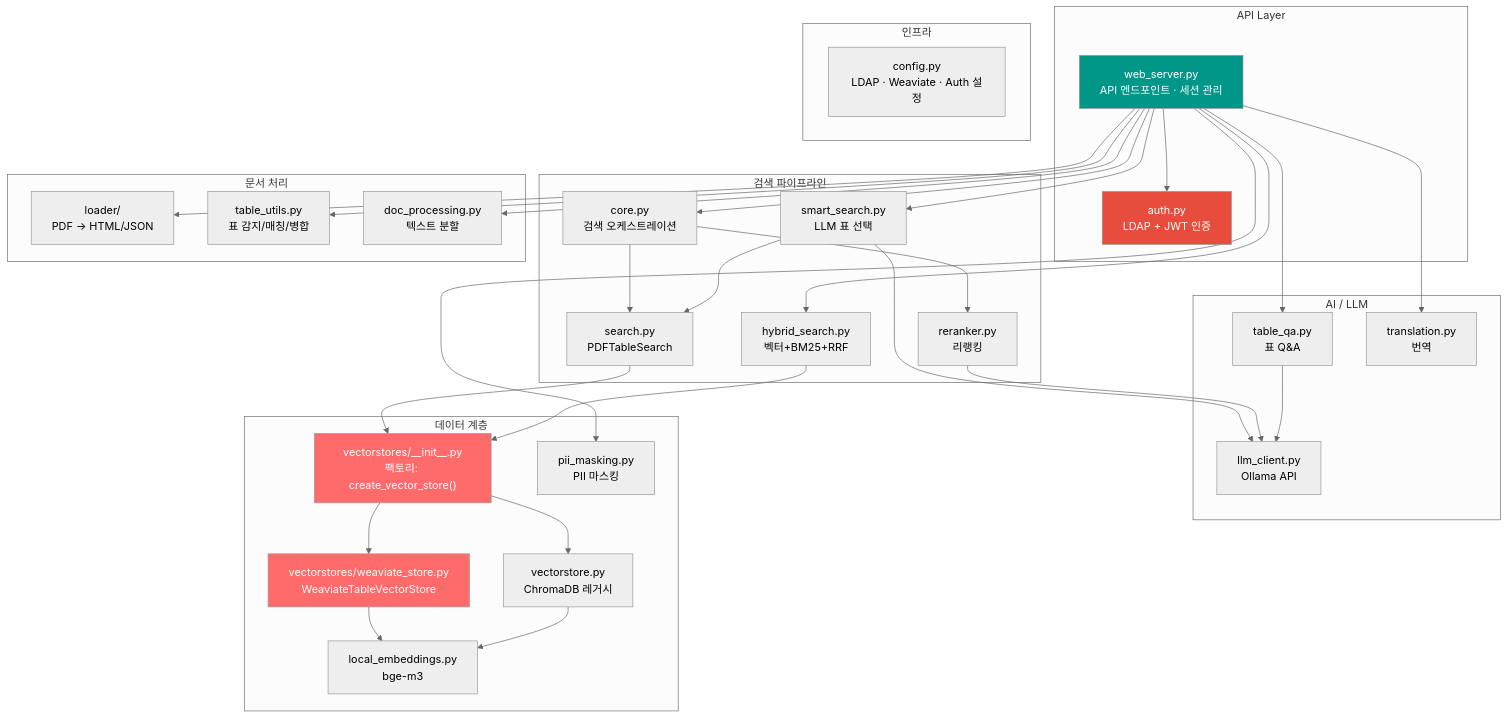
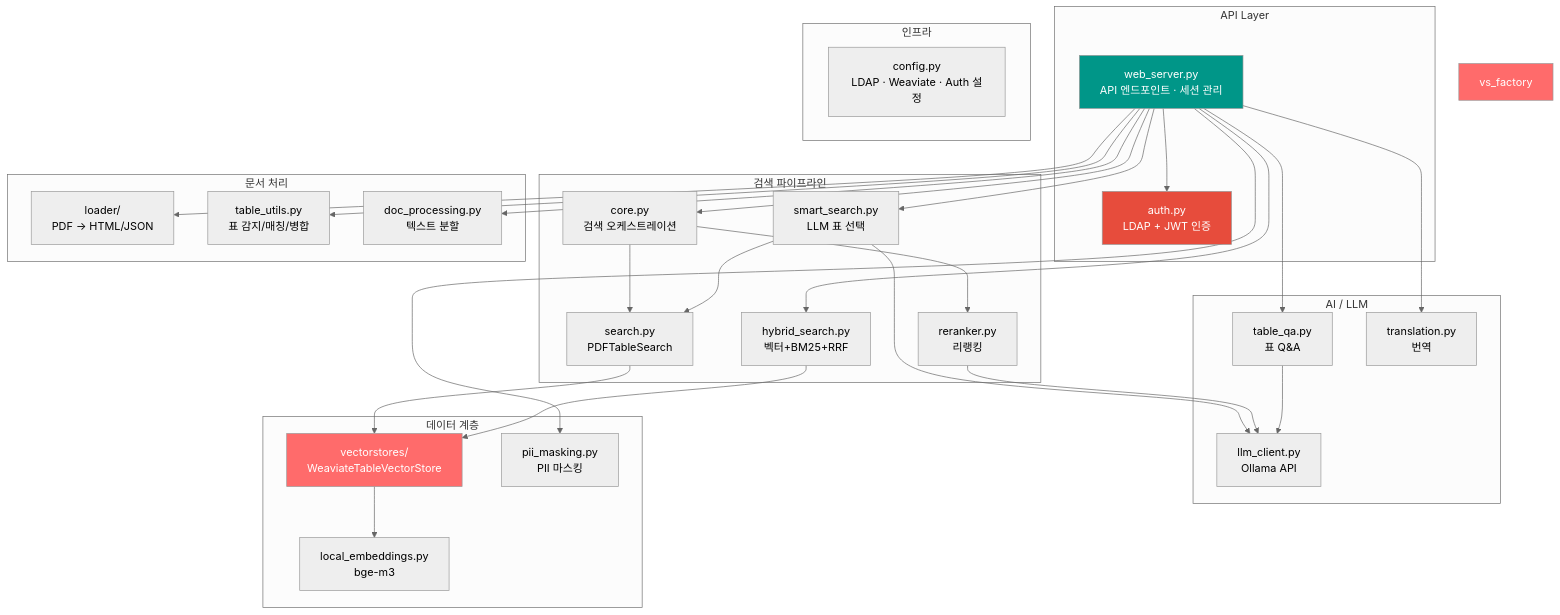
Before and after one commit to hong0814/PDF-INTELLIGENCE-PORTAL: the third of 11 diagrams in docs/SYSTEM_ARCHITECTURE.md, drawn with Mermaid (neutral theme). The commit also changed other lines of this file and 2 other files, not shown here.

First line of the commit message:
docs: ChromaDB 참조 제거, Weaviate 단일 백엔드 반영

````diff
--- a/docs/SYSTEM_ARCHITECTURE.md
+++ b/docs/SYSTEM_ARCHITECTURE.md
@@ -90,57 +90,53 @@
 ```mermaid
 graph TB
     subgraph "API Layer"
         ws["web_server.py<br/>API 엔드포인트 · 세션 관리"]
         auth["auth.py<br/>LDAP + JWT 인증"]
     end
 
     subgraph "검색 파이프라인"
         core["core.py<br/>검색 오케스트레이션"]
         search["search.py<br/>PDFTableSearch"]
         smart["smart_search.py<br/>LLM 표 선택"]
         hybrid["hybrid_search.py<br/>벡터+BM25+RRF"]
         reranker["reranker.py<br/>리랭킹"]
     end
 
     subgraph "문서 처리"
         loader["loader/<br/>PDF → HTML/JSON"]
         tu["table_utils.py<br/>표 감지/매칭/병합"]
         dp["doc_processing.py<br/>텍스트 분할"]
     end
 
     subgraph "AI / LLM"
         llm["llm_client.py<br/>Ollama API"]
         qa["table_qa.py<br/>표 Q&A"]
         trans["translation.py<br/>번역"]
     end
 
     subgraph "데이터 계층"
-        vs_factory["vectorstores/__init__.py<br/>팩토리: create_vector_store()"]
-        wvs["vectorstores/weaviate_store.py<br/>WeaviateTableVectorStore"]
-        legacy["vectorstore.py<br/>ChromaDB 레거시"]
+        wvs["vectorstores/<br/>WeaviateTableVectorStore"]
         emb["local_embeddings.py<br/>bge-m3"]
         pii["pii_masking.py<br/>PII 마스킹"]
     end
 
     subgraph "인프라"
         cfg["config.py<br/>LDAP · Weaviate · Auth 설정"]
     end
 
     ws --> auth
     ws --> core & smart & hybrid & qa & trans & tu
     core --> search & reranker
-    search --> vs_factory
-    vs_factory --> wvs & legacy
+    search --> wvs
     wvs --> emb
-    legacy --> emb
     smart --> llm & search
-    hybrid --> vs_factory
+    hybrid --> wvs
     reranker --> llm
     ws --> loader & dp & pii
     qa --> llm
 
     style ws fill:#009688,color:#fff
     style auth fill:#E74C3C,color:#fff
     style wvs fill:#FF6B6B,color:#fff
     style vs_factory fill:#FF6B6B,color:#fff
 ```
````
